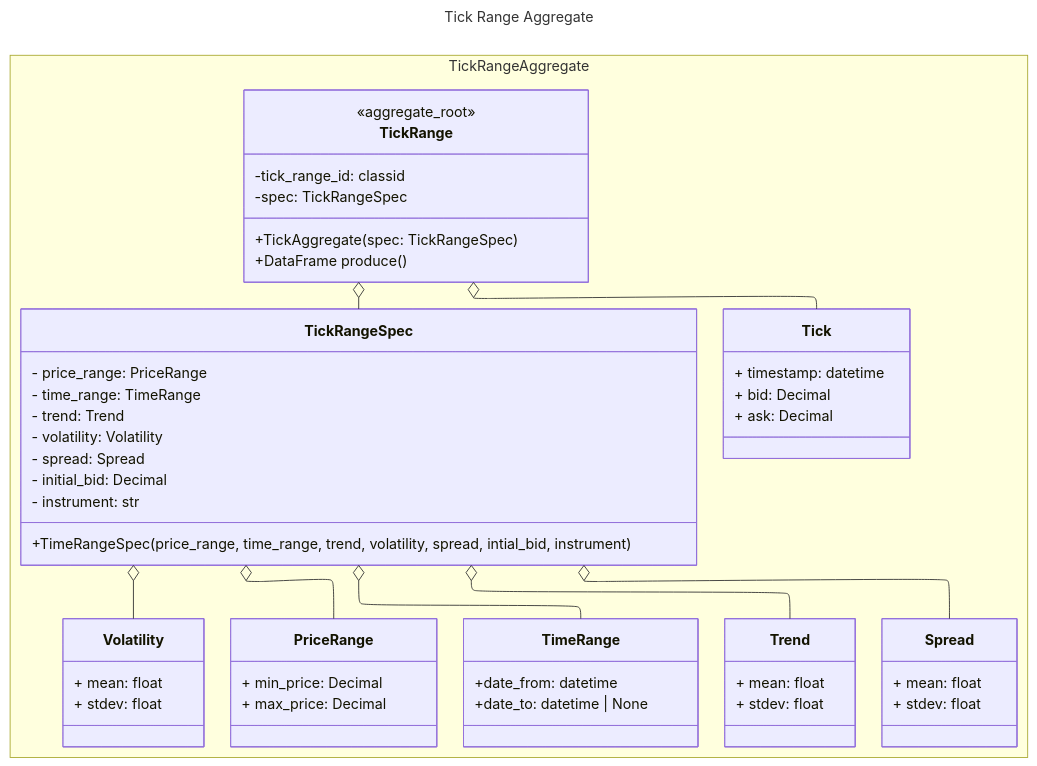
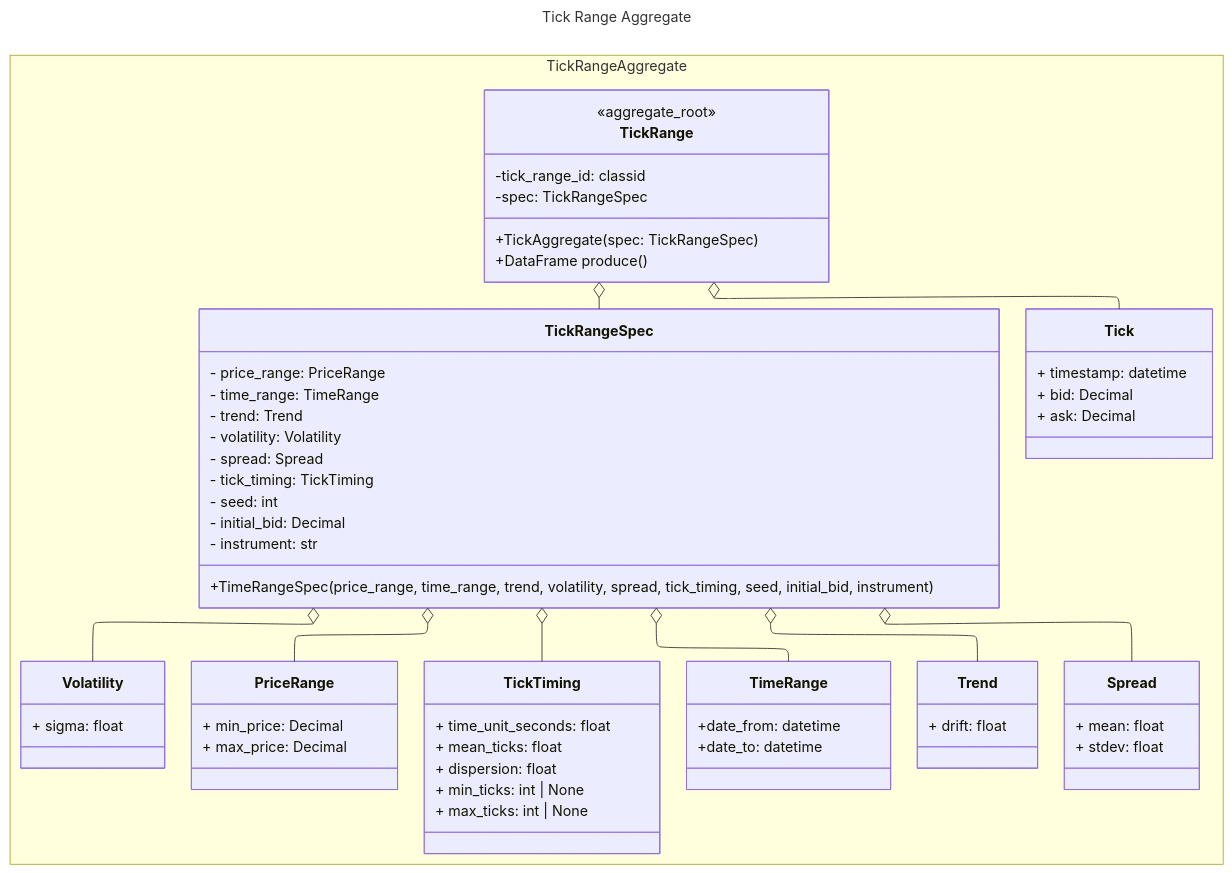
Before and after one commit to mchiuminatto/synthetick: the second of 4 diagrams in docs/design/domain-analysis.md, drawn with Mermaid. The commit also changed other lines of this file and 1 other file, not shown here.

First line of the commit message:
Document domain event storage, aggregate data model and tick generation

````diff
--- a/docs/design/domain-analysis.md
+++ b/docs/design/domain-analysis.md
@@ -75,73 +76,82 @@
 ```mermaid
 ---
 config:
   theme: default
   look: classic
   layout: elk
 title: Tick Range Aggregate
 ---
 classDiagram
 
 namespace TickRangeAggregate{
 
   class TickRange <<aggregate_root>> {
     -tick_range_id: classid
     -spec: TickRangeSpec
     +TickAggregate(spec: TickRangeSpec)
     +DataFrame produce()
   }
 
 
   class TickRangeSpec{
     - price_range: PriceRange
     - time_range: TimeRange
     - trend: Trend
     - volatility: Volatility
     - spread: Spread
+    - tick_timing: TickTiming
+    - seed: int
     - initial_bid: Decimal
     - instrument: str
 
-    +TimeRangeSpec(price_range, time_range, trend, volatility, spread, intial_bid, instrument)
+    +TimeRangeSpec(price_range, time_range, trend, volatility, spread, tick_timing, seed, initial_bid, instrument)
   }
 
   class TimeRange{
     +date_from: datetime
-    +date_to: datetime | None
+    +date_to: datetime
   }
 
   class Volatility{
-    + mean: float
-    + stdev: float
+    + sigma: float
   }
 
   class Trend{
-    + mean: float
-    + stdev: float
+    + drift: float
   }
 
   class Spread{
     + mean: float
     + stdev: float
+  }
+
+  class TickTiming{
+    + time_unit_seconds: float
+    + mean_ticks: float
+    + dispersion: float
+    + min_ticks: int | None
+    + max_ticks: int | None
   }
 
   class PriceRange{
     + min_price: Decimal
     + max_price: Decimal
   }
 
   class Tick{
     + timestamp: datetime
     + bid: Decimal
     + ask: Decimal
   }
 
 
 }
 TickRange o-- TickRangeSpec
 TickRange o-- Tick
 TickRangeSpec o-- PriceRange
 TickRangeSpec o-- TimeRange
 TickRangeSpec o-- Volatility
 TickRangeSpec o-- Trend
 TickRangeSpec o-- Spread
+TickRangeSpec o-- TickTiming
 ```
````
